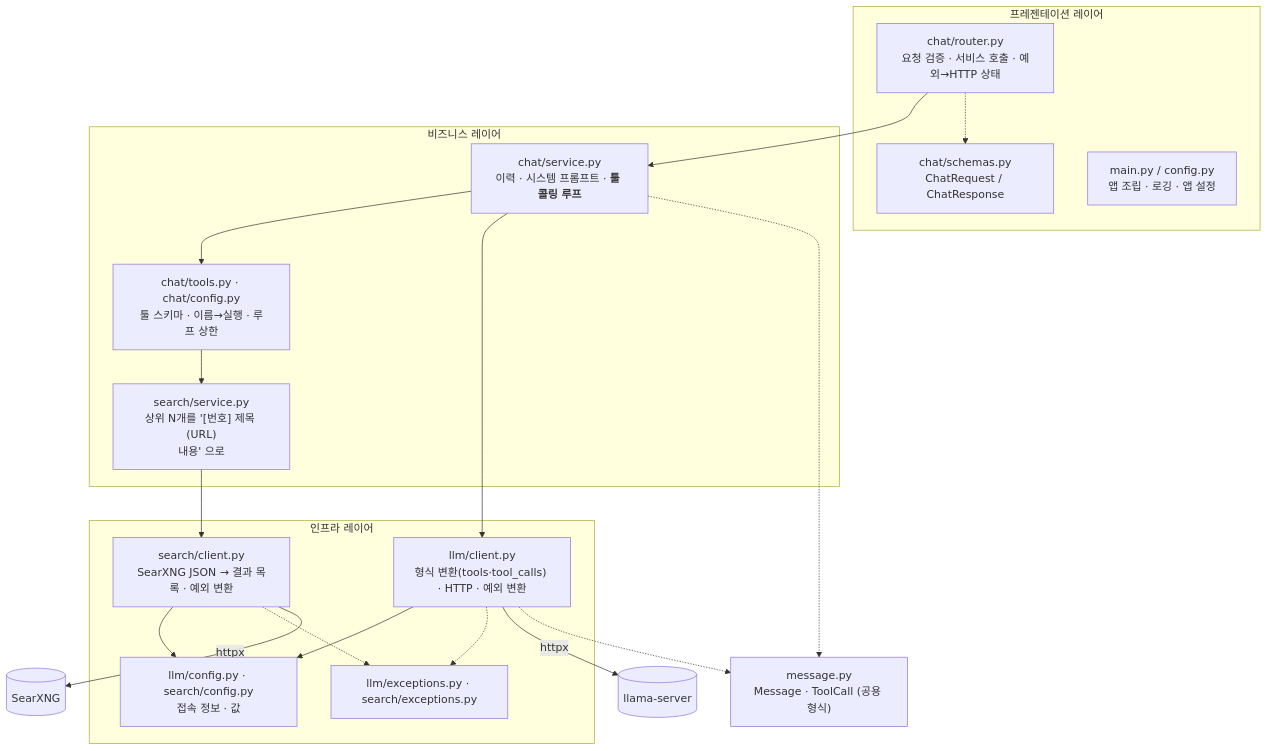
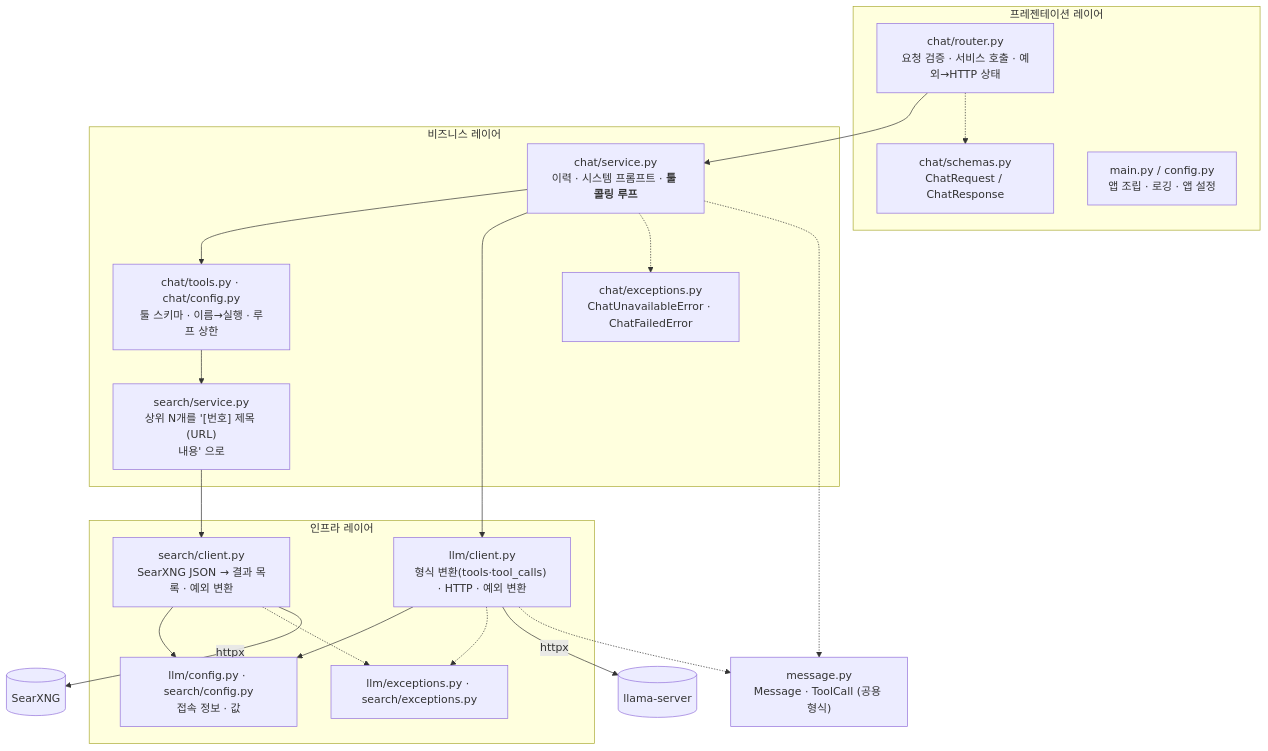
Before and after one commit to RyanKim0830/Tinker: the third of 4 diagrams in docs/architecture.md, drawn with Mermaid. The commit also changed 5 other files, not shown here.

Commit message:
refactor: extract chat exception handling into a separate module - Create chat/exceptions.py

````diff
--- a/docs/architecture.md
+++ b/docs/architecture.md
@@ -59,36 +59,38 @@
 ```mermaid
 flowchart TB
     subgraph pres["프레젠테이션 레이어"]
         router["chat/router.py<br/>요청 검증 · 서비스 호출 · 예외→HTTP 상태"]
         schemas["chat/schemas.py<br/>ChatRequest / ChatResponse"]
         main["main.py / config.py<br/>앱 조립 · 로깅 · 앱 설정"]
     end
     subgraph biz["비즈니스 레이어"]
         service["chat/service.py<br/>이력 · 시스템 프롬프트 · <b>툴 콜링 루프</b>"]
         tools["chat/tools.py · chat/config.py<br/>툴 스키마 · 이름→실행 · 루프 상한"]
+        chatexc["chat/exceptions.py<br/>ChatUnavailableError · ChatFailedError"]
         ssvc["search/service.py<br/>상위 N개를 '[번호] 제목 (URL)\n내용' 으로"]
     end
     subgraph infra["인프라 레이어"]
         client["llm/client.py<br/>형식 변환(tools·tool_calls) · HTTP · 예외 변환"]
         sclient["search/client.py<br/>SearXNG JSON → 결과 목록 · 예외 변환"]
         cfg["llm/config.py · search/config.py<br/>접속 정보 · 값"]
         exc["llm/exceptions.py · search/exceptions.py"]
     end
     msg["message.py<br/>Message · ToolCall (공용 형식)"]
     ext1[("llama-server")]
     ext2[("SearXNG")]
     router --> service
     router -.-> schemas
     service --> tools
     service --> client
     tools --> ssvc
     ssvc --> sclient
     client --> cfg
     sclient --> cfg
+    service -.-> chatexc
     client -.-> exc
     sclient -.-> exc
     client -- "httpx" --> ext1
     sclient -- "httpx" --> ext2
     service -.-> msg
     client -.-> msg
 ```
````
